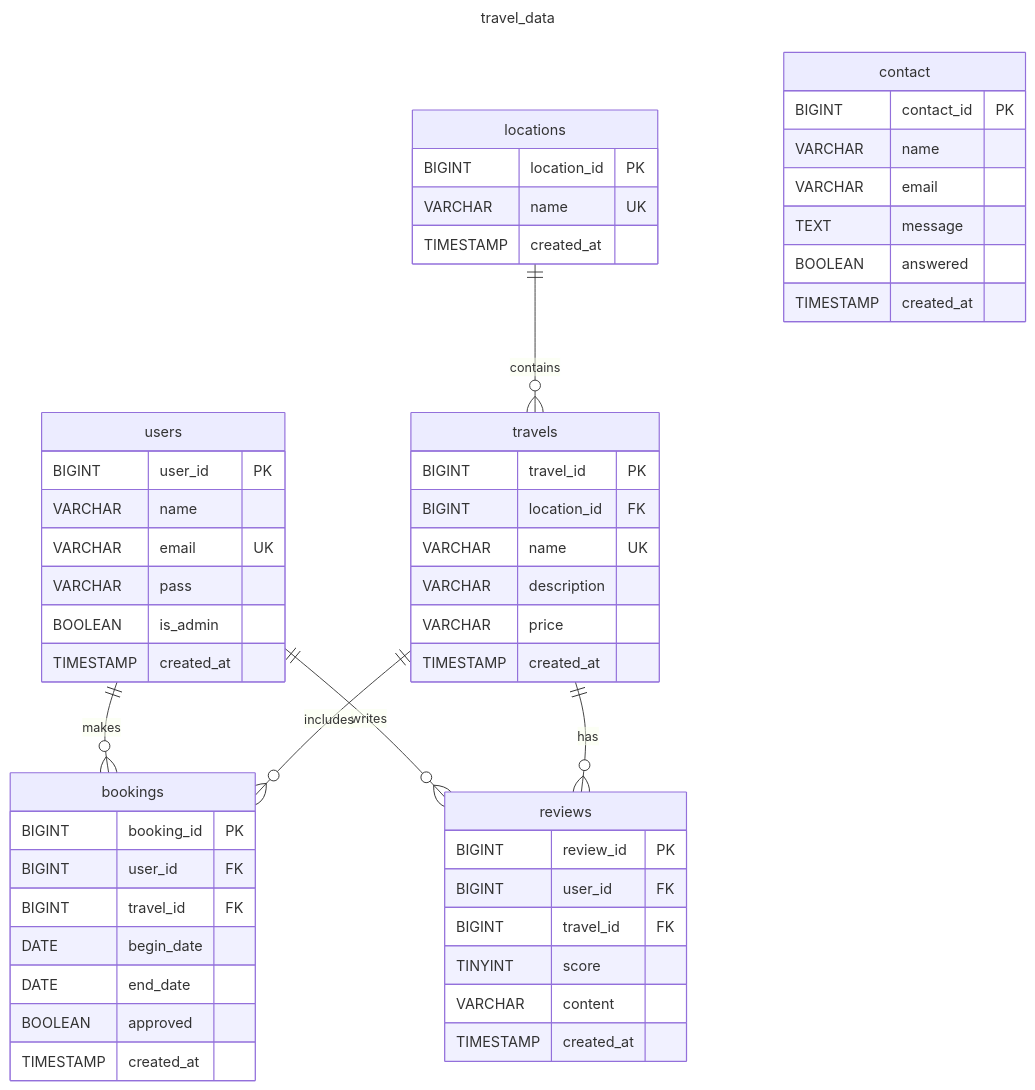
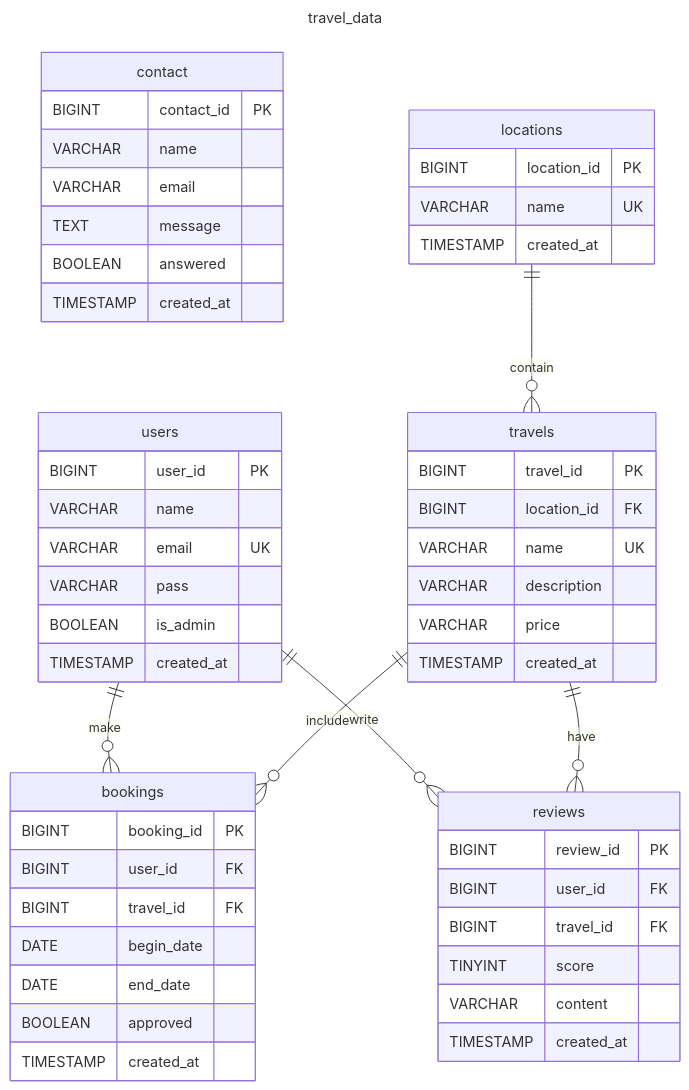
One commit to A-A-Tel/TravelAgency-Web changed the diagram in db/erd.mmd. Above: the diagram before and after it, drawn with Mermaid.

```diff
--- a/db/erd.mmd
+++ b/db/erd.mmd
@@ -1,61 +1,61 @@
 ---
 title: travel_data
 ---
 erDiagram
+    contact {
+        BIGINT contact_id PK
+        VARCHAR name
+        VARCHAR email
+        TEXT message
+        BOOLEAN answered
+        TIMESTAMP created_at
+    }
+
     users {
         BIGINT user_id PK
         VARCHAR name
         VARCHAR email UK
         VARCHAR pass
         BOOLEAN is_admin
         TIMESTAMP created_at
     }
 
     locations {
         BIGINT location_id PK
         VARCHAR name UK
         TIMESTAMP created_at
     }
 
     travels {
         BIGINT travel_id PK
         BIGINT location_id FK
         VARCHAR name UK
         VARCHAR description
         VARCHAR price
         TIMESTAMP created_at
     }
 
     bookings {
         BIGINT booking_id PK
         BIGINT user_id FK
         BIGINT travel_id FK
         DATE begin_date
         DATE end_date
         BOOLEAN approved
         TIMESTAMP created_at
     }
 
     reviews {
         BIGINT review_id PK
         BIGINT user_id FK
         BIGINT travel_id FK
         TINYINT score
         VARCHAR content
         TIMESTAMP created_at
     }
 
-    contact {
-        BIGINT contact_id PK
-        VARCHAR name
-        VARCHAR email
-        TEXT message
-        BOOLEAN answered
-        TIMESTAMP created_at
-    }
-
-    users ||--o{ bookings: makes
-    users ||--o{ reviews: writes
-    travels ||--o{ bookings: includes
-    travels ||--o{ reviews: has
-    locations ||--o{ travels: contains
+    users ||--o{ bookings: make
+    users ||--o{ reviews: write
+    travels ||--o{ bookings: include
+    travels ||--o{ reviews: have
+    locations ||--o{ travels: contain
```
